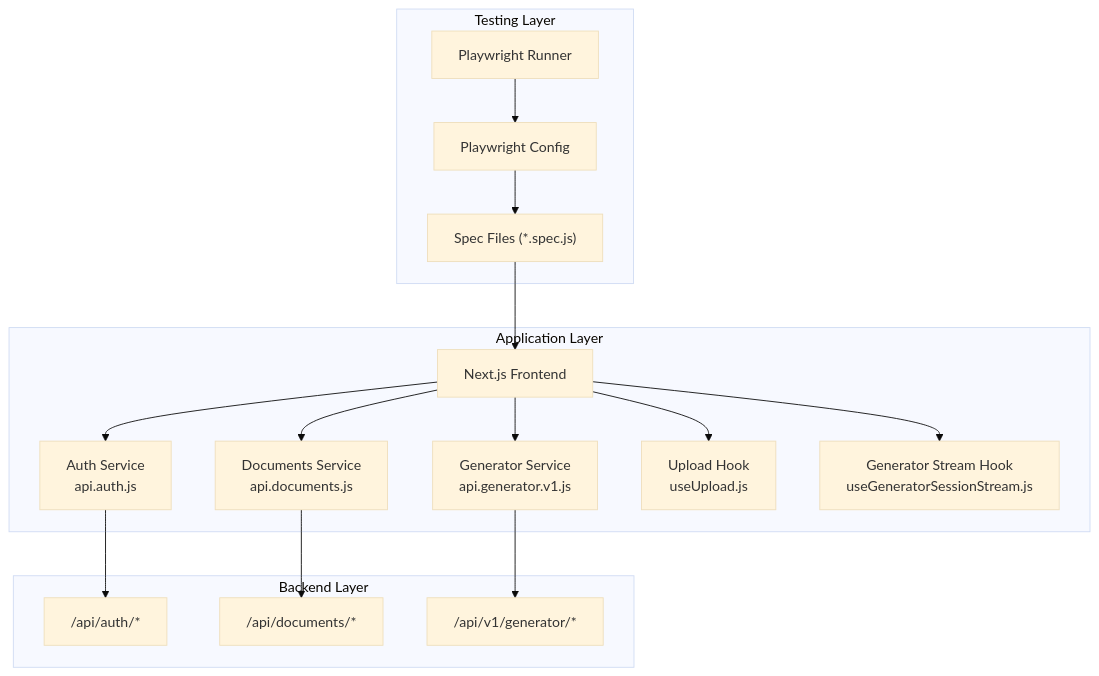
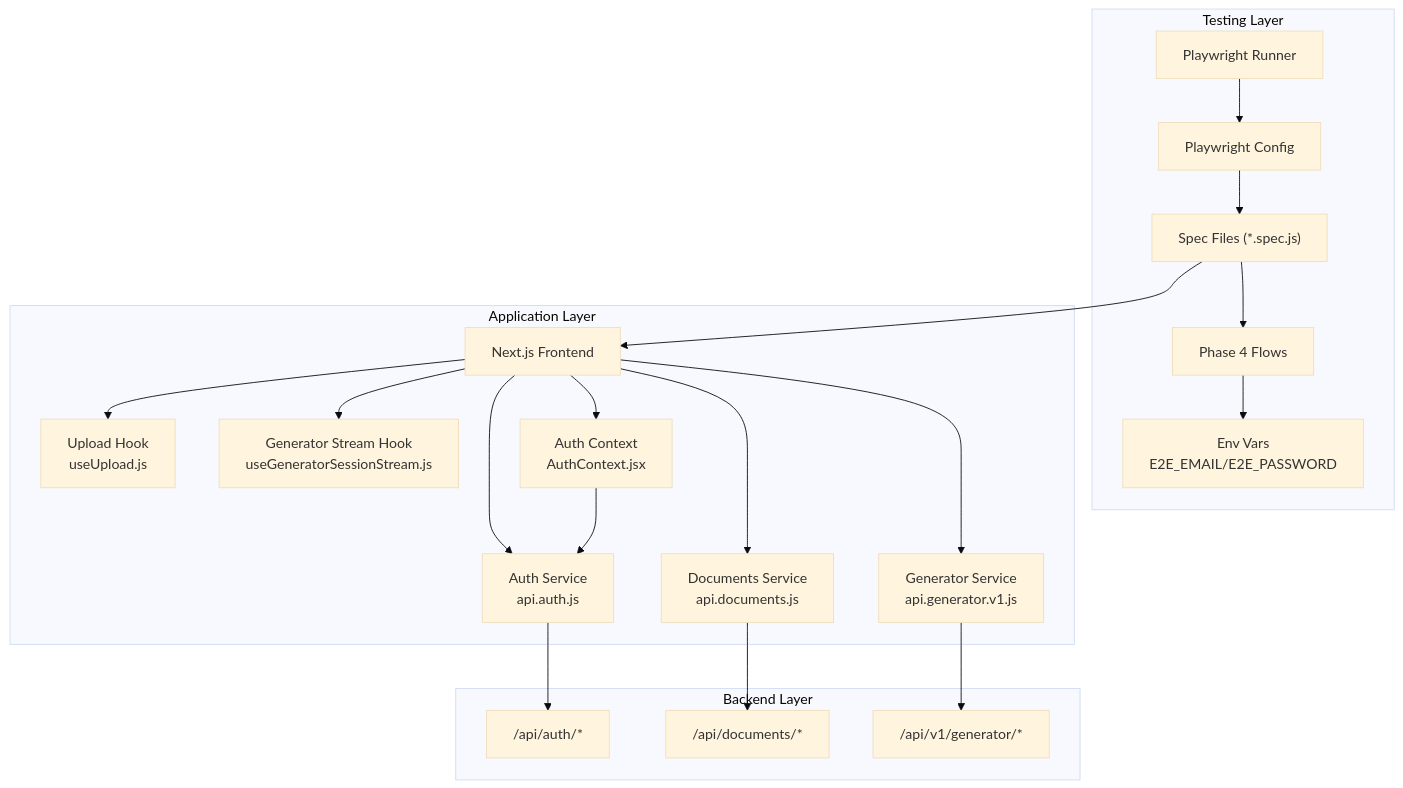
Before and after one commit to rohitkumarnaidu/-Auto-AI-Automated-Academic-Docx-Manuscript-Formatter: the second of 11 diagrams in .qoder/repowiki/en/content/Testing Strategy/Frontend Testing/Playwright End-to-End Testing.md, drawn with Mermaid (base theme). The commit also changed other lines of this file and 4 other files, not shown here.

````diff
--- a/.qoder/repowiki/en/content/Testing Strategy/Frontend Testing/Playwright End-to-End Testing.md
+++ b/.qoder/repowiki/en/content/Testing Strategy/Frontend Testing/Playwright End-to-End Testing.md
@@ -82,32 +102,39 @@
 ```mermaid
 graph TB
 subgraph "Testing Layer"
 PW["Playwright Runner"]
 CFG["Playwright Config"]
 SPEC["Spec Files (*.spec.js)"]
+PHASE4["Phase 4 Flows"]
+ENV["Env Vars<br/>E2E_EMAIL/E2E_PASSWORD"]
 end
 subgraph "Application Layer"
 NEXT["Next.js Frontend"]
 AUTH["Auth Service<br/>api.auth.js"]
 DOCS["Documents Service<br/>api.documents.js"]
 GEN["Generator Service<br/>api.generator.v1.js"]
 UPLOAD_HOOK["Upload Hook<br/>useUpload.js"]
 GEN_STREAM["Generator Stream Hook<br/>useGeneratorSessionStream.js"]
+AUTH_CTX["Auth Context<br/>AuthContext.jsx"]
 end
 subgraph "Backend Layer"
 API_AUTH["/api/auth/*"]
 API_DOCS["/api/documents/*"]
 API_GEN["/api/v1/generator/*"]
 end
 PW --> CFG
 CFG --> SPEC
+SPEC --> PHASE4
+PHASE4 --> ENV
 SPEC --> NEXT
 NEXT --> AUTH
 NEXT --> DOCS
 NEXT --> GEN
 DOCS --> API_DOCS
 GEN --> API_GEN
 AUTH --> API_AUTH
 NEXT --> UPLOAD_HOOK
 NEXT --> GEN_STREAM
+NEXT --> AUTH_CTX
+AUTH_CTX --> AUTH
 ```
````
